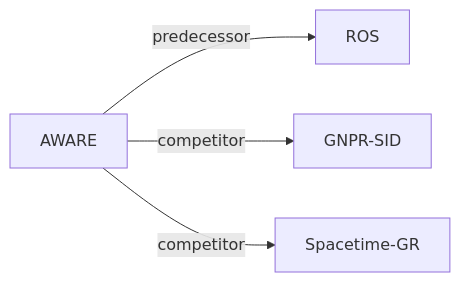
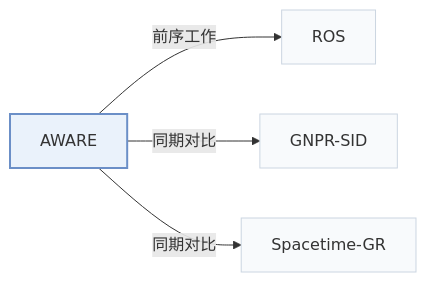
One commit to Galaxy-ghost/Awesome-SID-Generative-Rec changed the second of 2 diagrams in pages/zh/papers/aware.md. Above: the diagram before and after it, drawn with Mermaid. The commit also changed other lines of this file and 649 other files, not shown here.

Commit message:
writer-05: also tags and modality index (schema, check, build, visuals); summary field removed; calibration data for 12 papers

````diff
--- a/pages/zh/papers/aware.md
+++ b/pages/zh/papers/aware.md
@@ -69,7 +73,11 @@
 ```mermaid
 flowchart LR
     P["AWARE"]
-    P -->|predecessor| A["ROS"]
-    P -->|competitor| B["GNPR-SID"]
-    P -->|competitor| C["Spacetime-GR"]
+    P -->|"前序工作"| A["ROS"]
+    P -->|"同期对比"| B["GNPR-SID"]
+    P -->|"同期对比"| C["Spacetime-GR"]
+    classDef main fill:#eaf2fb,stroke:#6b8fc7,stroke-width:2px
+    classDef peer fill:#f8fafc,stroke:#cbd5e1
+    class P main
+    class A,B,C peer
 ```
````
